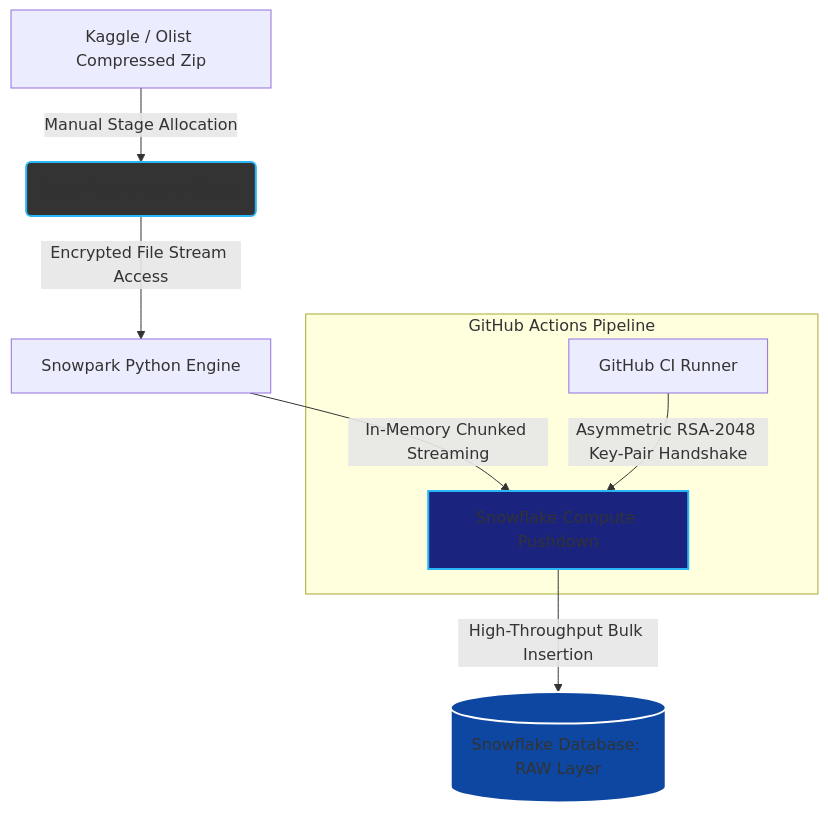
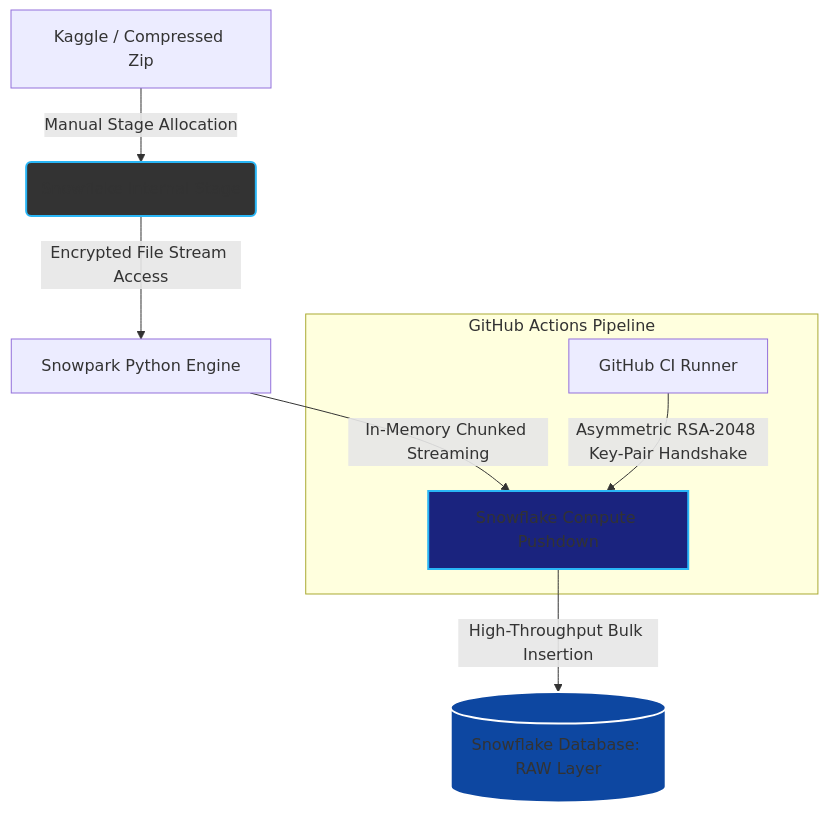
Before and after one commit to lovehakumai/logistics_simulator_snowflake: the diagram in README.md, drawn with Mermaid. The commit also changed other lines of this file, not shown here.

````diff
--- a/README.md
+++ b/README.md
@@ -61,15 +60,15 @@
 ```mermaid
 graph TD
-    A[Kaggle / Olist Compressed Zip] -->|Manual Stage Allocation| B(Snowflake Internal Stage)
+    A[Kaggle / Compressed Zip] -->|Manual Stage Allocation| B(Snowflake Internal Stage)
     B -->|Encrypted File Stream Access| C[Snowpark Python Engine]
     C -->|In-Memory Chunked Streaming| D[Snowflake Compute Pushdown]
     D -->|High-Throughput Bulk Insertion| E[(Snowflake Database: RAW Layer)]
     
     subgraph GitHub Actions Pipeline
         F[GitHub CI Runner] -->|Asymmetric RSA-2048 Key-Pair Handshake| D
     end
 
     style B fill:#333,stroke:#29B6F6,stroke-width:2px;
     style D fill:#1A237E,stroke:#29B6F6,stroke-width:2px;
     style E fill:#0D47A1,stroke:#FFF,stroke-width:2px;
 ```
````
